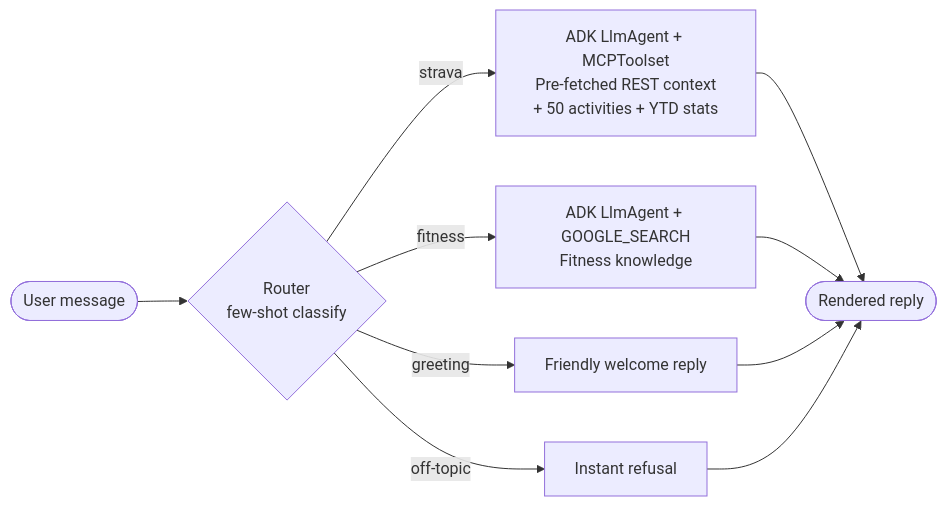
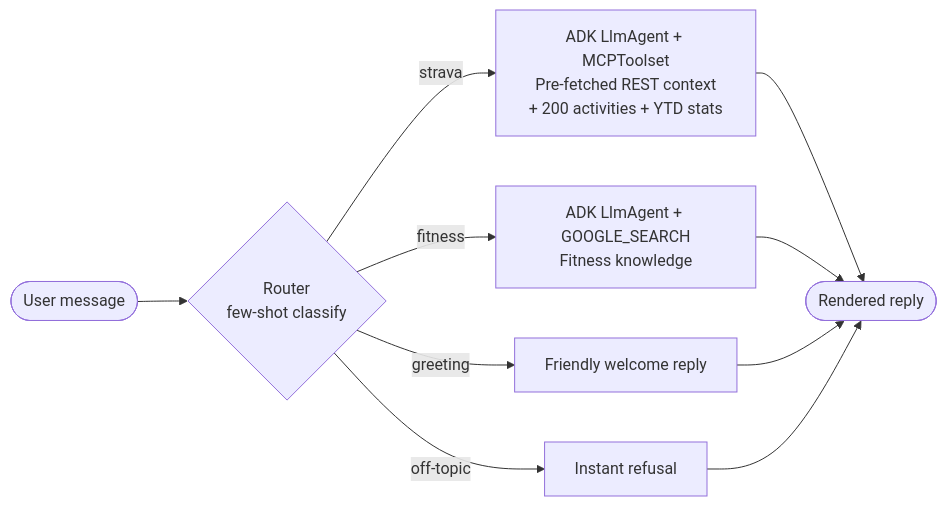
One commit to bhuvighosh3/HealthAnalyser changed the fourth of 5 diagrams in README.md. Above: the diagram before and after it, drawn with Mermaid. The commit also changed other lines of this file and 3 other files, not shown here.

````diff
--- a/README.md
+++ b/README.md
@@ -172,12 +177,12 @@
 ```mermaid
 flowchart LR
     MSG([User message]) --> ROUTER{Router\nfew-shot classify}
     ROUTER -->|greeting| GREET[Friendly welcome reply]
-    ROUTER -->|strava| MCP[ADK LlmAgent + MCPToolset\nPre-fetched REST context\n+ 50 activities + YTD stats]
+    ROUTER -->|strava| MCP[ADK LlmAgent + MCPToolset\nPre-fetched REST context\n+ 200 activities + YTD stats]
     ROUTER -->|fitness| SEARCH[ADK LlmAgent + GOOGLE_SEARCH\nFitness knowledge]
     ROUTER -->|off-topic| REFUSE[Instant refusal]
     MCP --> REPLY([Rendered reply])
     SEARCH --> REPLY
     GREET --> REPLY
     REFUSE --> REPLY
 ```
````
